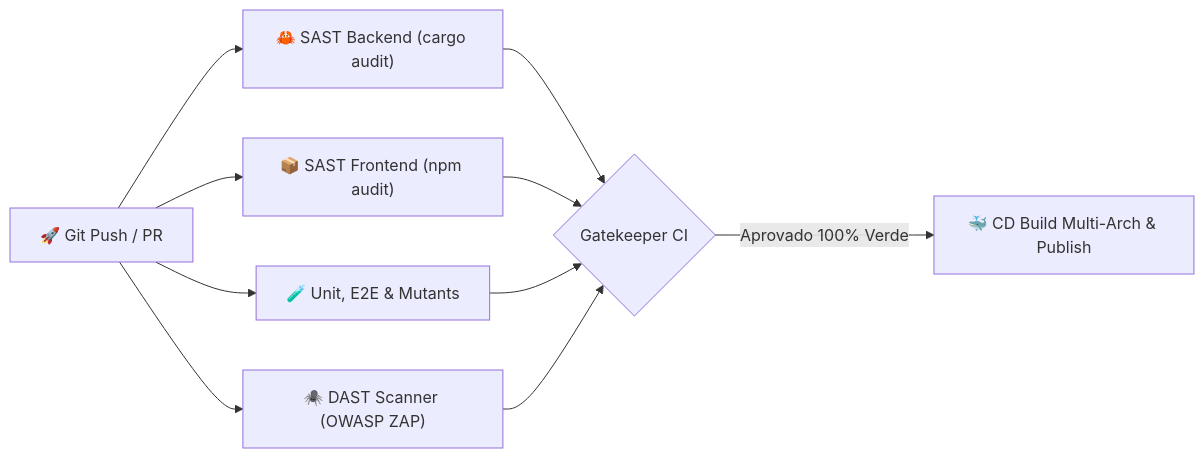
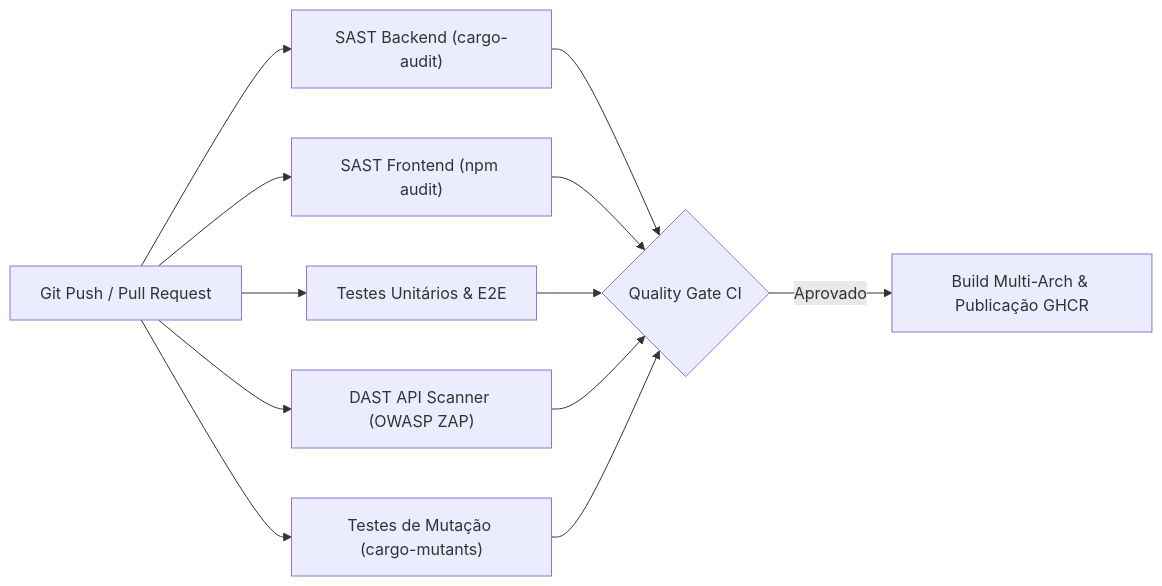
The diagram in docs/SECURITY.md (Andrevictor20/orbit-dashboard), drawn with Mermaid before and after one commit. The commit also changed other lines of this file and 50 other files, not shown here.

````diff
--- a/docs/SECURITY.md
+++ b/docs/SECURITY.md
@@ -43,14 +83,16 @@
 ```mermaid
 graph LR
-    Push["🚀 Git Push / PR"] --> SAST_Rust["🦀 SAST Backend (cargo audit)"]
-    Push --> SAST_Node["📦 SAST Frontend (npm audit)"]
-    Push --> Tests["🧪 Unit, E2E & Mutants"]
-    Push --> DAST["🕷️ DAST Scanner (OWASP ZAP)"]
+    Commit["Git Push / Pull Request"] --> SAST_Backend["SAST Backend (cargo-audit)"]
+    Commit --> SAST_Frontend["SAST Frontend (npm audit)"]
+    Commit --> FunctionalTests["Testes Unitários & E2E"]
+    Commit --> DAST_Scan["DAST API Scanner (OWASP ZAP)"]
+    Commit --> MutationTests["Testes de Mutação (cargo-mutants)"]
     
-    SAST_Rust --> Gate{"Gatekeeper CI"}
-    SAST_Node --> Gate
-    Tests --> Gate
-    DAST --> Gate
+    SAST_Backend --> QualityGate{"Quality Gate CI"}
+    SAST_Frontend --> QualityGate
+    FunctionalTests --> QualityGate
+    DAST_Scan --> QualityGate
+    MutationTests --> QualityGate
     
-    Gate -->|Aprovado 100% Verde| CD["🐳 CD Build Multi-Arch & Publish"]
+    QualityGate -->|Aprovado| CD_Publish["Build Multi-Arch & Publicação GHCR"]
 ```
````
